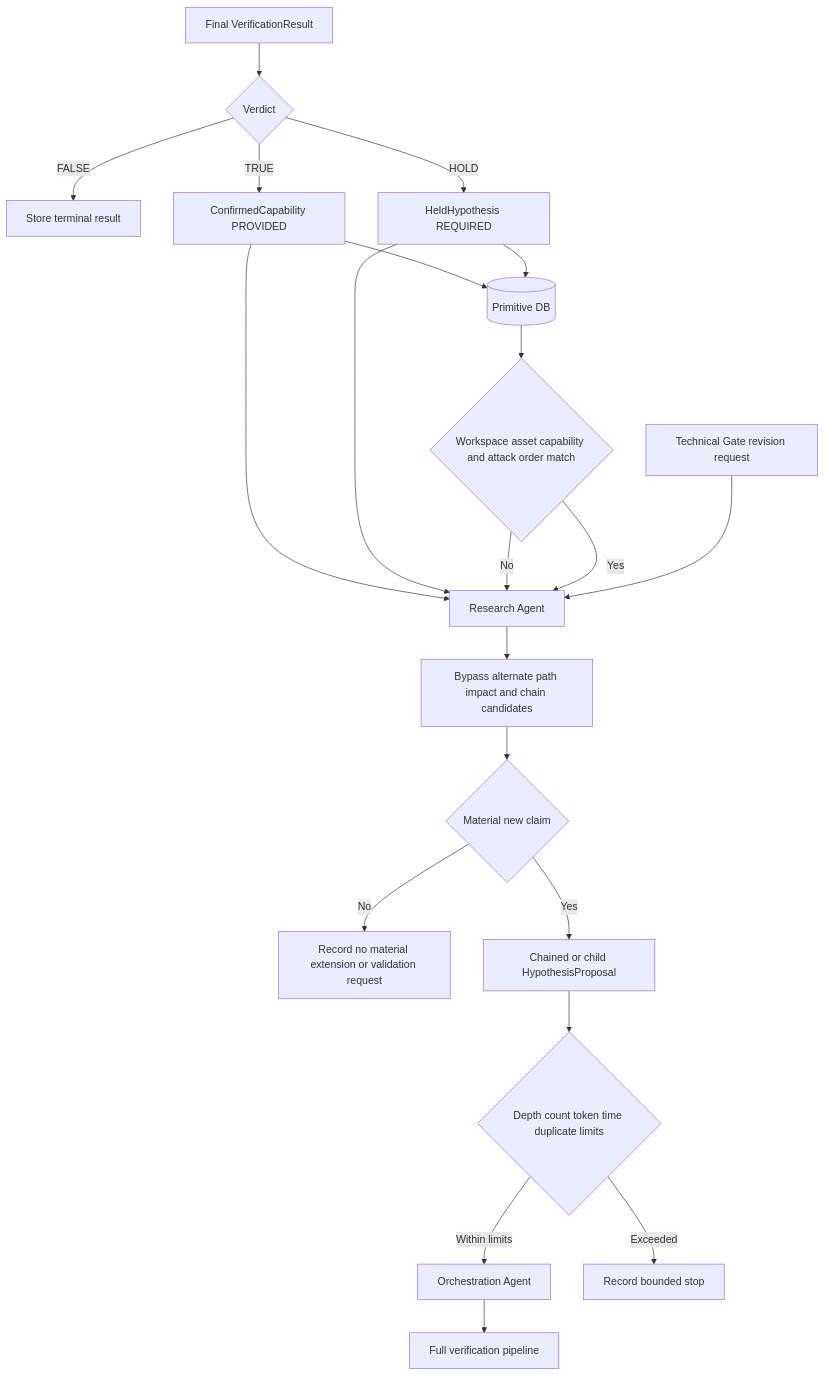
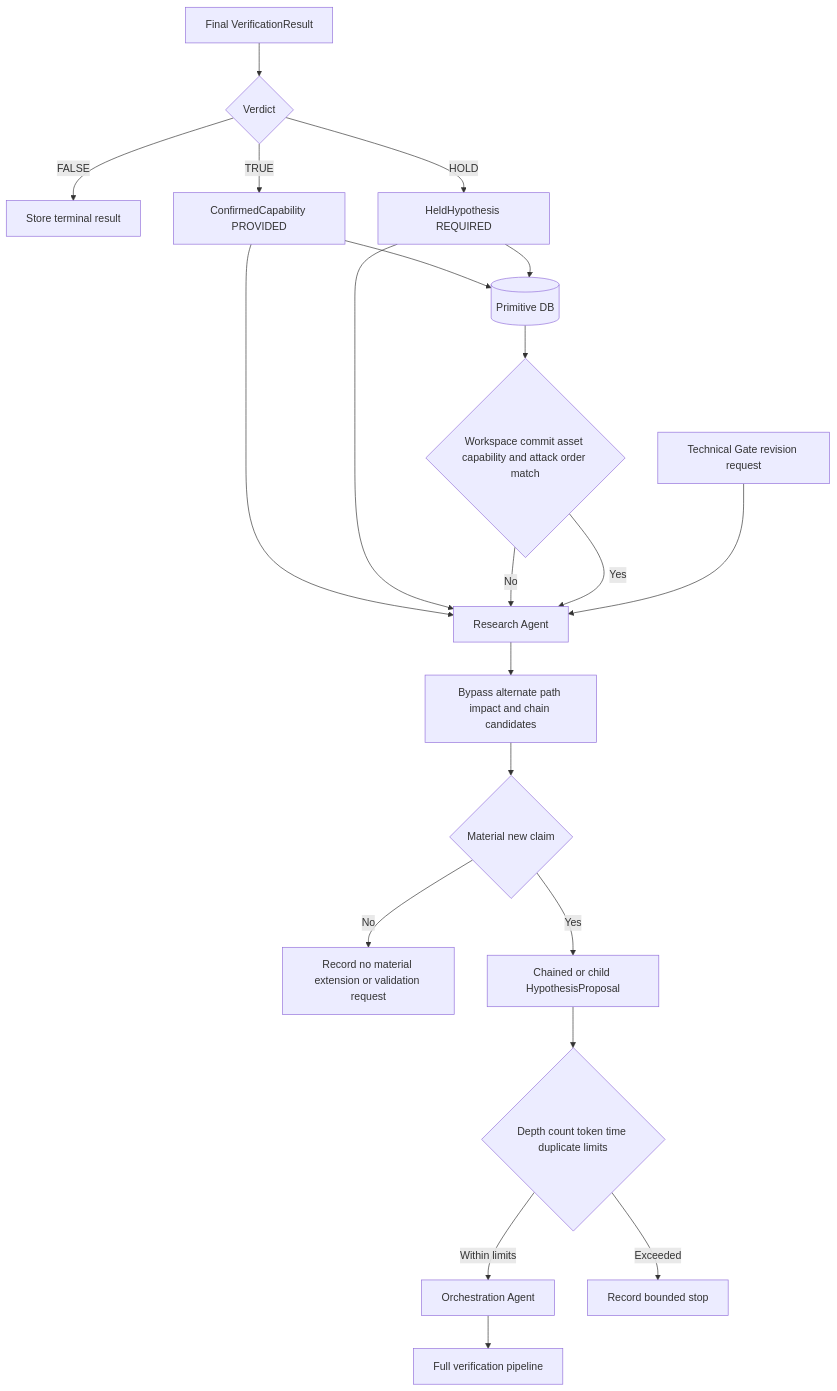
The fifth of 8 diagrams in docs/architecture-v5/13-architecture-diagrams.md (SASTsimi/sastsimi), drawn with Mermaid before and after one commit. The commit also changed 7 other files, not shown here.

Commit message:
docs: make workspace commit provenance explicit

````diff
--- a/docs/architecture-v5/13-architecture-diagrams.md
+++ b/docs/architecture-v5/13-architecture-diagrams.md
@@ -141,23 +141,23 @@
 ```mermaid
 flowchart TB
     VR[Final VerificationResult] --> KIND{Verdict}
     KIND -->|FALSE| CLOSED[Store terminal result]
     KIND -->|TRUE| PROVIDED[ConfirmedCapability PROVIDED]
     KIND -->|HOLD| REQUIRED[HeldHypothesis REQUIRED]
     PROVIDED --> PDB[(Primitive DB)]
     PROVIDED --> RESEARCH[Research Agent]
     REQUIRED --> PDB
     REQUIRED --> RESEARCH
-    PDB --> MATCH{Workspace asset capability and attack order match}
+    PDB --> MATCH{Workspace commit asset capability and attack order match}
     MATCH -->|No| RESEARCH[Research Agent]
     MATCH -->|Yes| RESEARCH
     TGREV[Technical Gate revision request] --> RESEARCH
     RESEARCH --> CAND[Bypass alternate path impact and chain candidates]
     CAND --> MATERIAL{Material new claim}
     MATERIAL -->|No| RECORD[Record no material extension or validation request]
     MATERIAL -->|Yes| NEW[Chained or child HypothesisProposal]
     NEW --> LIMIT{Depth count token time duplicate limits}
     LIMIT -->|Within limits| ORCH[Orchestration Agent]
     LIMIT -->|Exceeded| STOP[Record bounded stop]
     ORCH --> VERIFY[Full verification pipeline]
 ```
````
